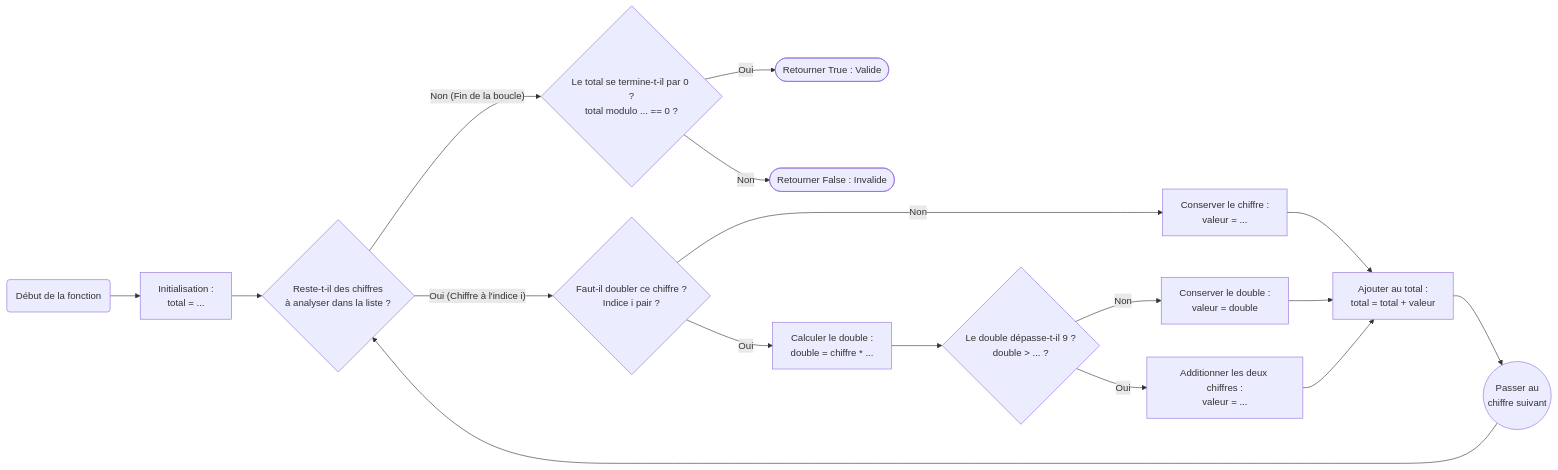
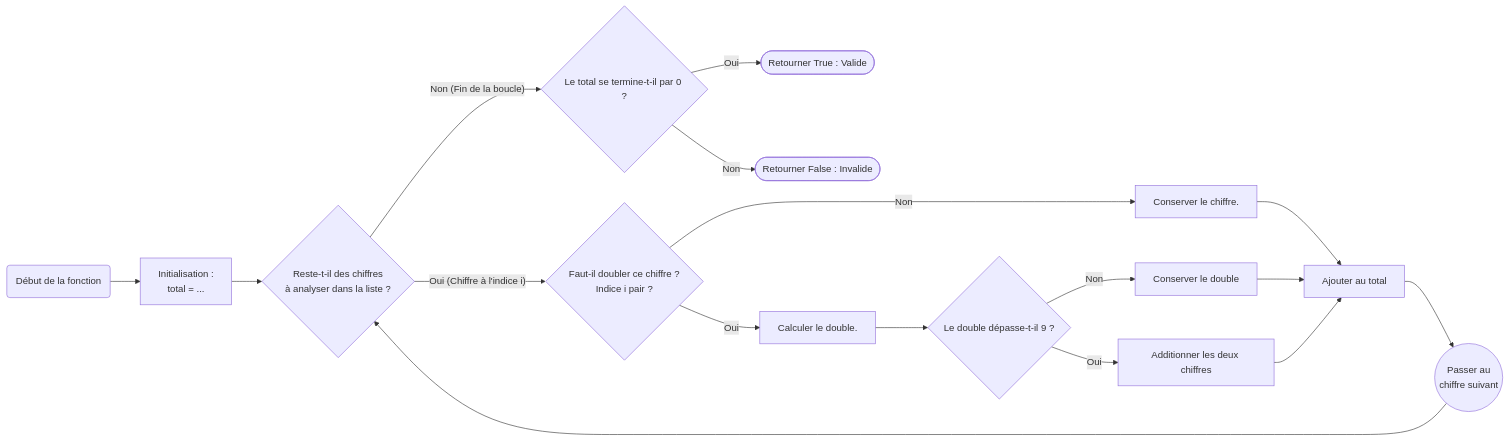
One commit to Tinyglo0/tp-informatique-etoy changed the diagram in docs/2M/luhn/index.md. Above: the diagram before and after it, drawn with Mermaid. The commit also changed other lines of this file and 6 other files, not shown here.

````diff
--- a/docs/2M/luhn/index.md
+++ b/docs/2M/luhn/index.md
@@ -53,32 +54,33 @@
 ```mermaid
 flowchart LR
     Start("Début de la fonction") --> Init["Initialisation :<br>total = ..."]
     
     Init --> LoopCheck{"Reste-t-il des chiffres<br>à analyser dans la liste ?"}
     
-    LoopCheck -- "Non (Fin de la boucle)" --> CheckModulo{"Le total se termine-t-il par 0 ?<br>total modulo ... == 0 ?"}
+    LoopCheck -- "Non (Fin de la boucle)" --> CheckModulo{"Le total se termine-t-il par 0 ?"}
     LoopCheck -- "Oui (Chiffre à l'indice i)" --> CheckParite{"Faut-il doubler ce chiffre ?<br>Indice i pair ?"}
     
-    CheckParite -- "Non" --> SetSimple["Conserver le chiffre :<br>valeur = ..."]
-    CheckParite -- "Oui" --> CalcDouble["Calculer le double :<br>double = chiffre * ..."]
+    CheckParite -- "Non" --> SetSimple["Conserver le chiffre."]
+    CheckParite -- "Oui" --> CalcDouble["Calculer le double."]
     
-    CalcDouble --> CheckNeuf{"Le double dépasse-t-il 9 ?<br>double > ... ?"}
+    CalcDouble --> CheckNeuf{"Le double dépasse-t-il 9 ?"}
     
-    CheckNeuf -- "Non" --> SetDouble["Conserver le double :<br>valeur = double"]
-    CheckNeuf -- "Oui" --> SetSomme["Additionner les deux chiffres :<br>valeur = ..."]
+    CheckNeuf -- "Non" --> SetDouble["Conserver le double"]
+    CheckNeuf -- "Oui" --> SetSomme["Additionner les deux chiffres"]
     
     %% Nœud de convergence pour l'ajout au total
-    AddTotal["Ajouter au total :<br>total = total + valeur"]
+    AddTotal["Ajouter au total"]
     
     SetSimple --> AddTotal
     SetDouble --> AddTotal
     SetSomme --> AddTotal
     
     %% Nœud pour passer au chiffre suivant
     NextChar(("Passer au<br>chiffre suivant"))
     AddTotal --> NextChar
     NextChar --> LoopCheck
     
     CheckModulo -- "Oui" --> RetTrue([Retourner True : Valide])
     CheckModulo -- "Non" --> RetFalse([Retourner False : Invalide])
+
 ```
````
